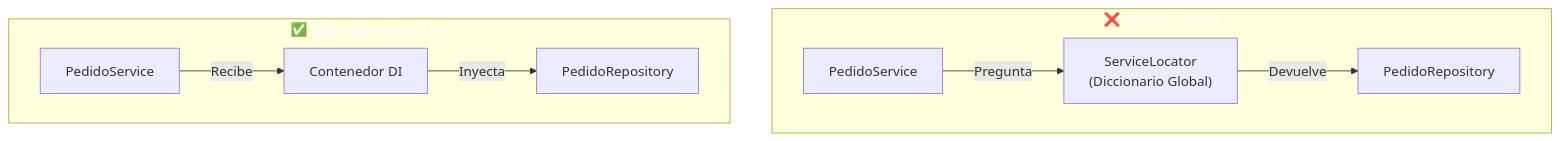
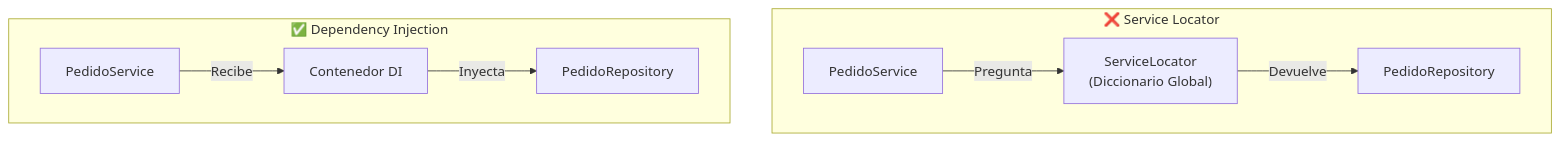
The fifth of 6 diagrams in 11-inyeccion-dependencias.md (joseluisgs/DesarrolloWebEntornosServidor-01-2026-2027), drawn with Mermaid before and after one commit. The commit also changed other lines of this file and 15 other files, not shown here.

Commit message:
docs: quitar el relleno a los subgraf de los diagramas y corregir comillas y rayas sueltas

````diff
--- a/11-inyeccion-dependencias.md
+++ b/11-inyeccion-dependencias.md
@@ -209,15 +204,13 @@
 ```mermaid
 graph TD
     subgraph SERVICELOCATOR["❌ Service Locator"]
         A["PedidoService"] -->|"Pregunta"| B["ServiceLocator<br/>(Diccionario Global)"]
         B -->|"Devuelve"| C["PedidoRepository"]
     end
 
     subgraph DI["✅ Dependency Injection"]
         D["PedidoService"] -->|"Recibe"| E["Contenedor DI"]
         E -->|"Inyecta"| F["PedidoRepository"]
     end
 
-    style SERVICELOCATOR fill:#f4433,color:#fff6,color:#fff
-    style DI fill:#4CAF5,color:#fff0,color:#fff
 ```
````
